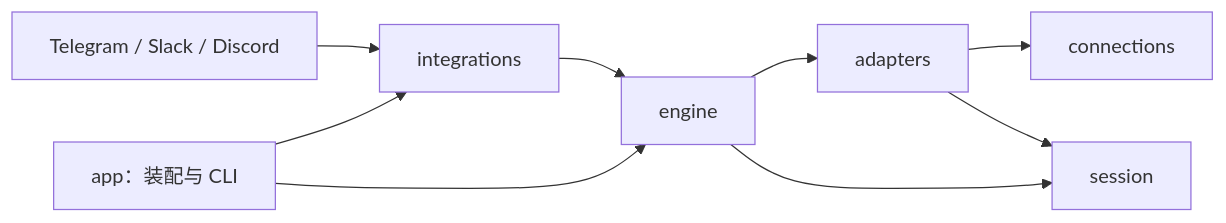
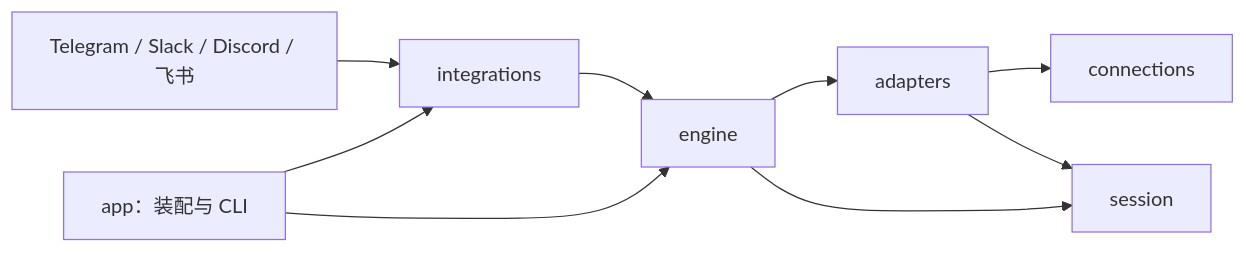
Before and after one commit to iondex/PocketPilot: the diagram in docs/architecture.md, drawn with Mermaid. The commit also changed other lines of this file and 3 other files, not shown here.

````diff
--- a/docs/architecture.md
+++ b/docs/architecture.md
@@ -24,11 +24,11 @@
 ```mermaid
 flowchart LR
-    U[Telegram / Slack / Discord] --> I[integrations]
+    U[Telegram / Slack / Discord / 飞书] --> I[integrations]
     A[app：装配与 CLI] --> I
     A --> E[engine]
     I --> E
     E --> R[adapters]
     R --> C[connections]
     R --> S[session]
     E --> S
 ```
````
